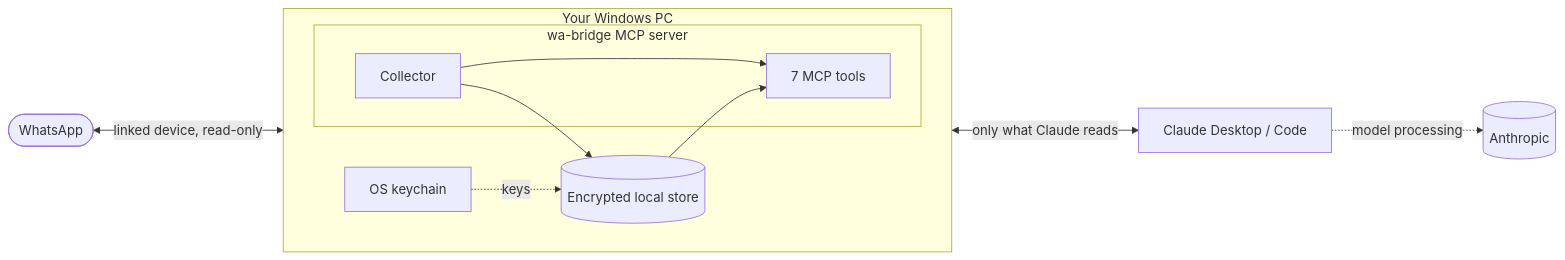
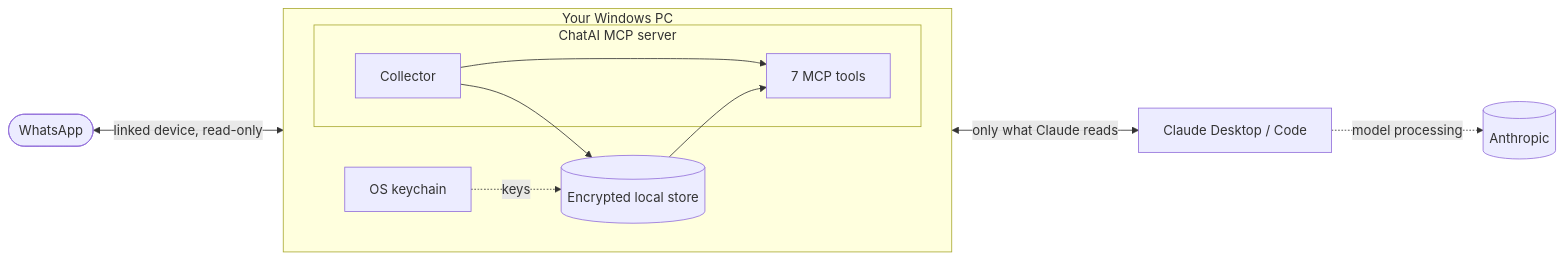
Before and after one commit to zuhaibasad/whatsapp-claude-mcp: the diagram in README.md, drawn with Mermaid. The commit also changed other lines of this file and 102 other files, not shown here.

````diff
--- a/README.md
+++ b/README.md
@@ -94,15 +96,15 @@
 ```mermaid
 flowchart LR
     WA([WhatsApp]) <-->|linked device, read-only| C
     subgraph PC[Your Windows PC]
         direction LR
-        subgraph M[wa-bridge MCP server]
+        subgraph M[ChatAI MCP server]
             C[Collector] --> T[7 MCP tools]
         end
         C --> S[(Encrypted local store)]
         K[OS keychain] -.keys.-> S
         S --> T
     end
     T <-->|only what Claude reads| CL[Claude Desktop / Code]
     CL -.->|model processing| AN[(Anthropic)]
 ```
````
